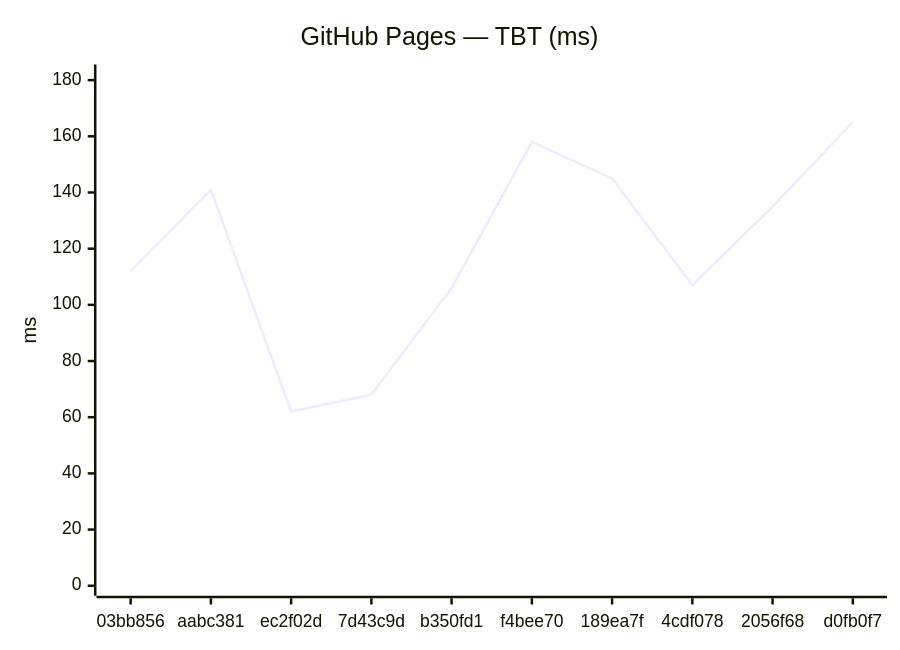
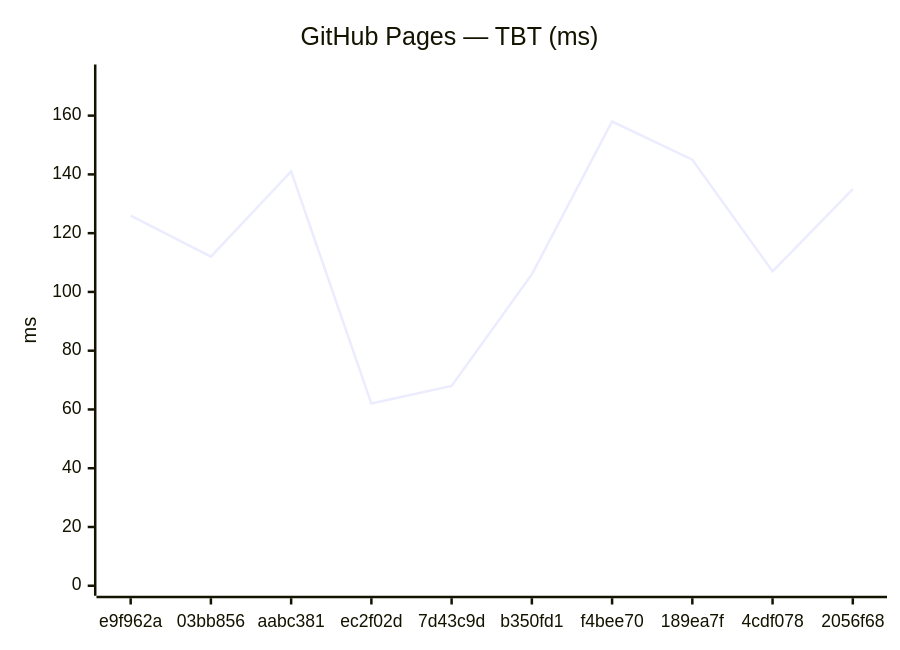
One commit to Metaheurist/Rianell changed the fourth of 18 diagrams in benchmarks/compare.md. Above: the diagram before and after it, drawn with Mermaid. The commit also changed other lines of this file and 11 other files, not shown here.

````diff
--- a/benchmarks/compare.md
+++ b/benchmarks/compare.md
@@ -61,7 +61,7 @@
 ```mermaid
 xychart-beta
     title "GitHub Pages — TBT (ms)"
-    x-axis ["03bb856", "aabc381", "ec2f02d", "7d43c9d", "b350fd1", "f4bee70", "189ea7f", "4cdf078", "2056f68", "d0fb0f7"]
-    y-axis "ms" 0 --> 182
-    line [112, 141, 62, 68, 106, 158, 145, 107, 135, 165]
+    x-axis ["e9f962a", "03bb856", "aabc381", "ec2f02d", "7d43c9d", "b350fd1", "f4bee70", "189ea7f", "4cdf078", "2056f68"]
+    y-axis "ms" 0 --> 174
+    line [126, 112, 141, 62, 68, 106, 158, 145, 107, 135]
 ```
````
